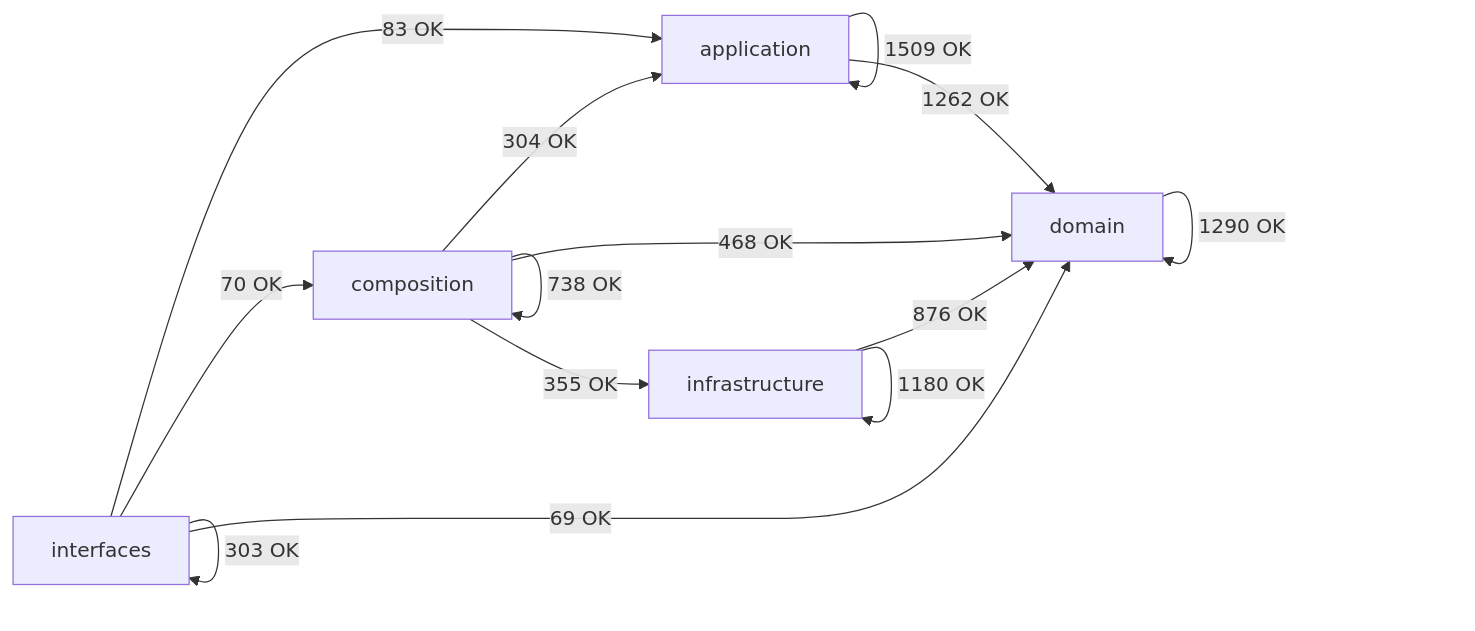
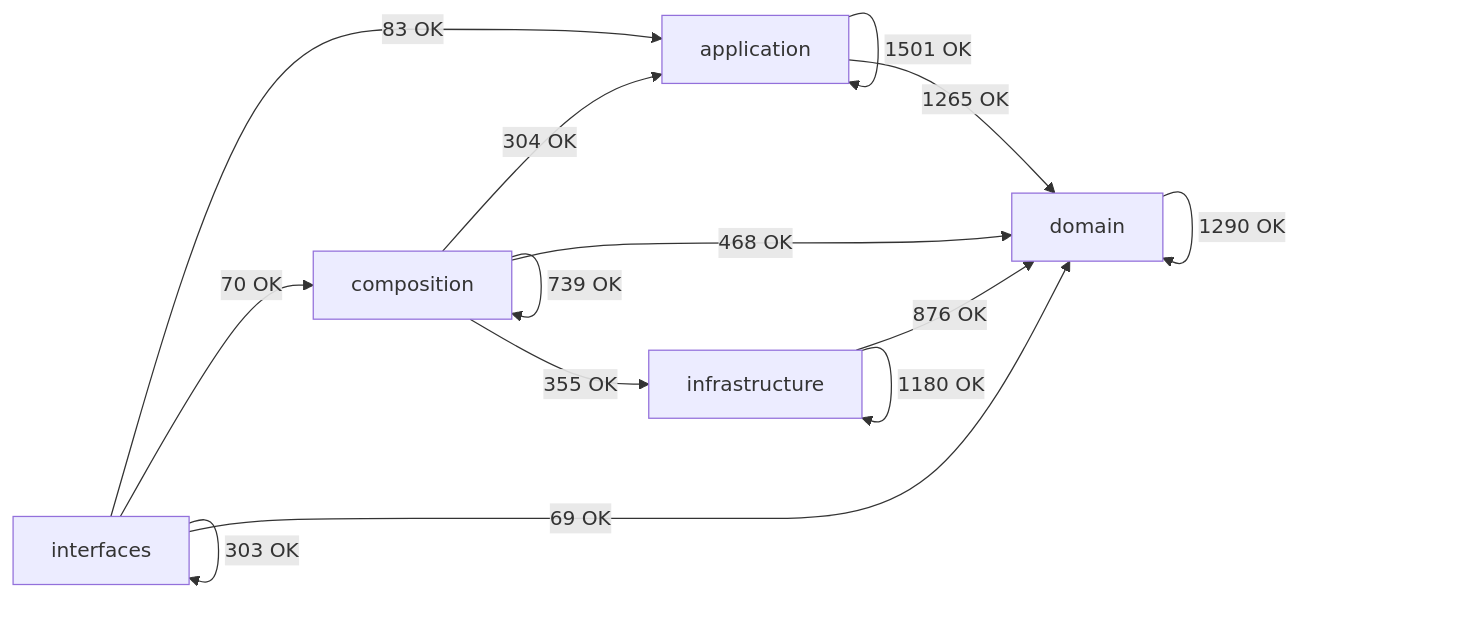
Before and after one commit to SatoryKono/BioactivityDataAcquisition: the diagram in docs/02-architecture/generated/module-dependency-map.md, drawn with Mermaid. The commit also changed other lines of this file and 37 other files, not shown here.

````diff
--- a/docs/02-architecture/generated/module-dependency-map.md
+++ b/docs/02-architecture/generated/module-dependency-map.md
@@ -17,21 +17,21 @@
 ```mermaid
 flowchart LR
     domain[domain]
     application[application]
     infrastructure[infrastructure]
     composition[composition]
     interfaces[interfaces]
-    application -->|1509 OK| application
-    application -->|1262 OK| domain
+    application -->|1501 OK| application
+    application -->|1265 OK| domain
     composition -->|304 OK| application
-    composition -->|738 OK| composition
+    composition -->|739 OK| composition
     composition -->|468 OK| domain
     composition -->|355 OK| infrastructure
     domain -->|1290 OK| domain
     infrastructure -->|876 OK| domain
     infrastructure -->|1180 OK| infrastructure
     interfaces -->|83 OK| application
     interfaces -->|70 OK| composition
     interfaces -->|69 OK| domain
     interfaces -->|303 OK| interfaces
 ```
````
